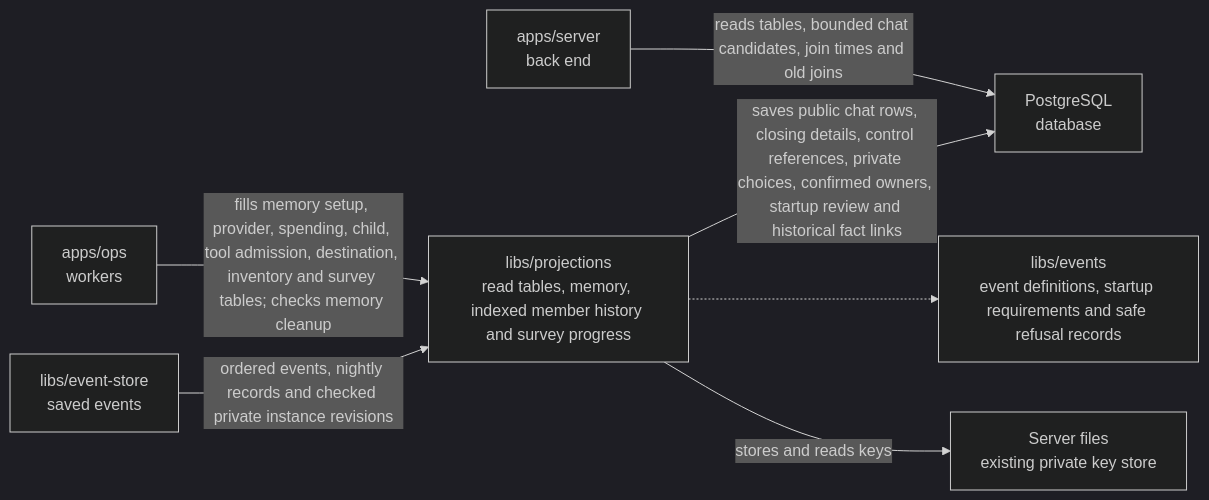
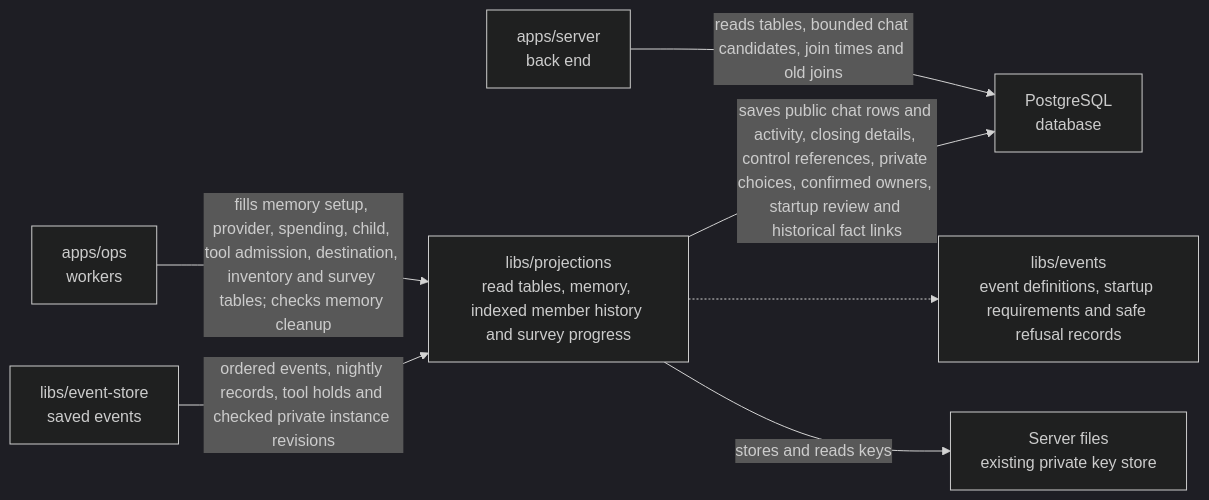
One commit to elewa-git/opencrane-new changed the diagram in libs/projections/README.md. Above: the diagram before and after it, drawn with Mermaid (dark theme). The commit also changed other lines of this file and 16 other files, not shown here.

````diff
--- a/libs/projections/README.md
+++ b/libs/projections/README.md
@@ -23,9 +23,9 @@
 ```mermaid
 flowchart LR
   ops["apps/ops<br/>workers"] -->|fills memory setup, provider, spending, child, tool admission, destination, inventory and survey tables; checks memory cleanup| projections["libs/projections<br/>read tables, memory, indexed member history and survey progress"]
   server["apps/server<br/>back end"] -->|reads tables, bounded chat candidates, join times and old joins| pg["PostgreSQL<br/>database"]
-  projections -->|saves public chat rows, closing details, control references, private choices, confirmed owners, startup review and historical fact links| pg
-  store["libs/event-store<br/>saved events"] -->|ordered events, nightly records and checked private instance revisions| projections
+  projections -->|saves public chat rows and activity, closing details, control references, private choices, confirmed owners, startup review and historical fact links| pg
+  store["libs/event-store<br/>saved events"] -->|ordered events, nightly records, tool holds and checked private instance revisions| projections
   projections -.-> events["libs/events<br/>event definitions, startup requirements and safe refusal records"]
   projections -->|stores and reads keys| keys["Server files<br/>existing private key store"]
 ```
````
